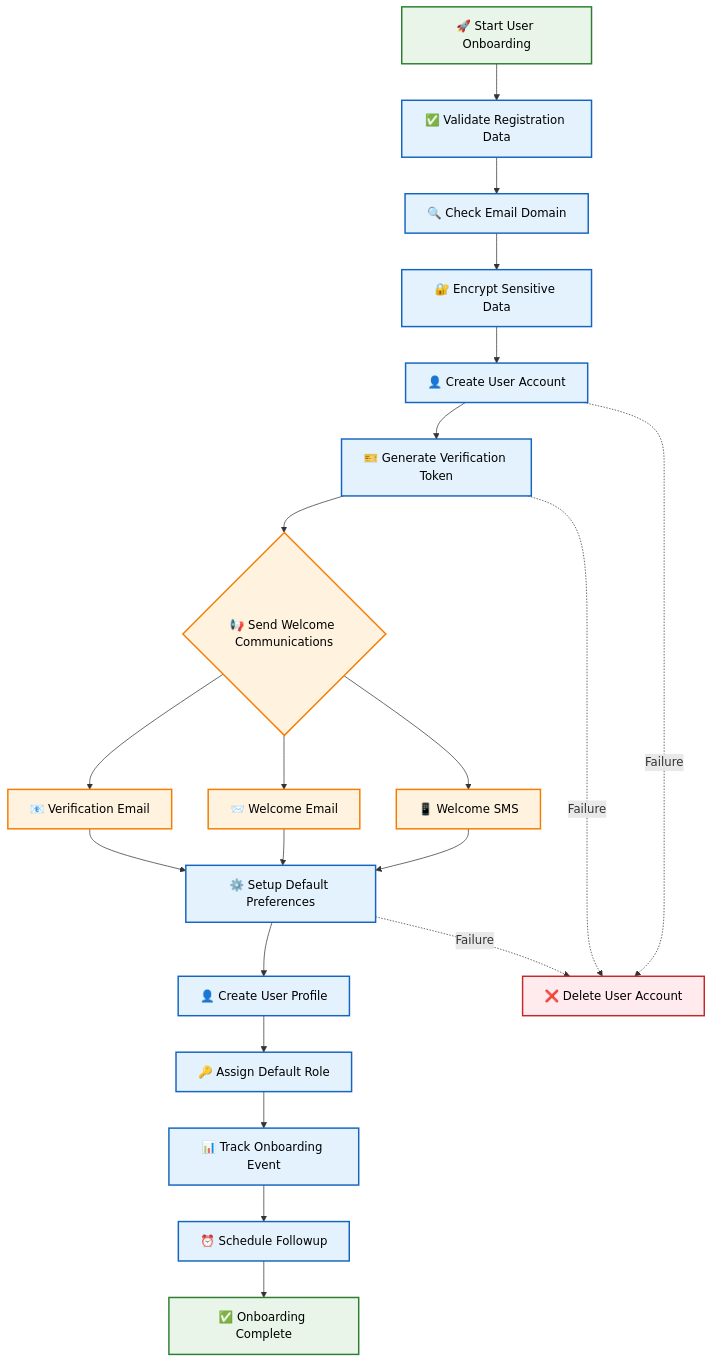
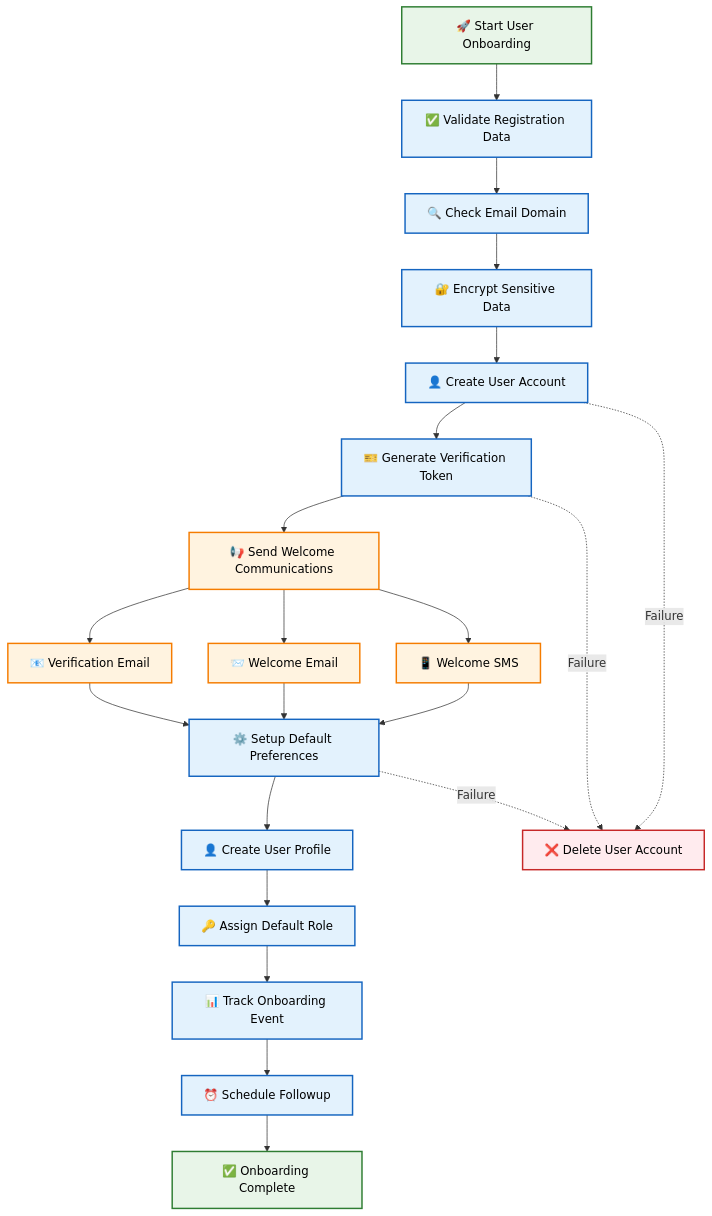
The third of 10 diagrams in diagrams/workflow-orchestration.md (abdoElHodaky/larvrevrstender), drawn with Mermaid before and after one commit. The commit also changed other lines of this file and 1 other file, not shown here.

````diff
--- a/diagrams/workflow-orchestration.md
+++ b/diagrams/workflow-orchestration.md
@@ -185,39 +185,39 @@
 ```mermaid
 graph TD
     START[🚀 Start User Onboarding] --> VALIDATE[✅ Validate Registration Data]
     VALIDATE --> DOMAIN_CHECK[🔍 Check Email Domain]
     DOMAIN_CHECK --> ENCRYPT[🔐 Encrypt Sensitive Data]
     ENCRYPT --> CREATE_USER[👤 Create User Account]
     CREATE_USER --> GEN_TOKEN[🎫 Generate Verification Token]
     
-    GEN_TOKEN --> PARALLEL_COMM{📢 Send Welcome Communications}
+    GEN_TOKEN --> PARALLEL_COMM[📢 Send Welcome Communications]
     PARALLEL_COMM --> EMAIL[📧 Verification Email]
     PARALLEL_COMM --> WELCOME[📨 Welcome Email]
     PARALLEL_COMM --> SMS[📱 Welcome SMS]
     
     EMAIL --> SETUP_PREFS[⚙️ Setup Default Preferences]
     WELCOME --> SETUP_PREFS
     SMS --> SETUP_PREFS
     
     SETUP_PREFS --> CREATE_PROFILE[👤 Create User Profile]
     CREATE_PROFILE --> ASSIGN_ROLE[🔑 Assign Default Role]
     ASSIGN_ROLE --> TRACK_EVENT[📊 Track Onboarding Event]
     TRACK_EVENT --> SCHEDULE_FOLLOWUP[⏰ Schedule Followup]
     SCHEDULE_FOLLOWUP --> COMPLETE[✅ Onboarding Complete]
 
     %% Compensation paths (dotted lines)
     CREATE_USER -.->|Failure| DELETE_USER[❌ Delete User Account]
     GEN_TOKEN -.->|Failure| DELETE_USER
     SETUP_PREFS -.->|Failure| DELETE_USER
 
     classDef startStyle fill:#e8f5e8,stroke:#2e7d32,stroke-width:2px,color:#000
     classDef processStyle fill:#e3f2fd,stroke:#1565c0,stroke-width:2px,color:#000
     classDef parallelStyle fill:#fff3e0,stroke:#f57c00,stroke-width:2px,color:#000
     classDef compensationStyle fill:#ffebee,stroke:#c62828,stroke-width:2px,color:#000
     classDef completeStyle fill:#e8f5e8,stroke:#2e7d32,stroke-width:2px,color:#000
 
     class START,COMPLETE startStyle
     class VALIDATE,DOMAIN_CHECK,ENCRYPT,CREATE_USER,GEN_TOKEN,SETUP_PREFS,CREATE_PROFILE,ASSIGN_ROLE,TRACK_EVENT,SCHEDULE_FOLLOWUP processStyle
     class PARALLEL_COMM,EMAIL,WELCOME,SMS parallelStyle
     class DELETE_USER compensationStyle
 ```
````
